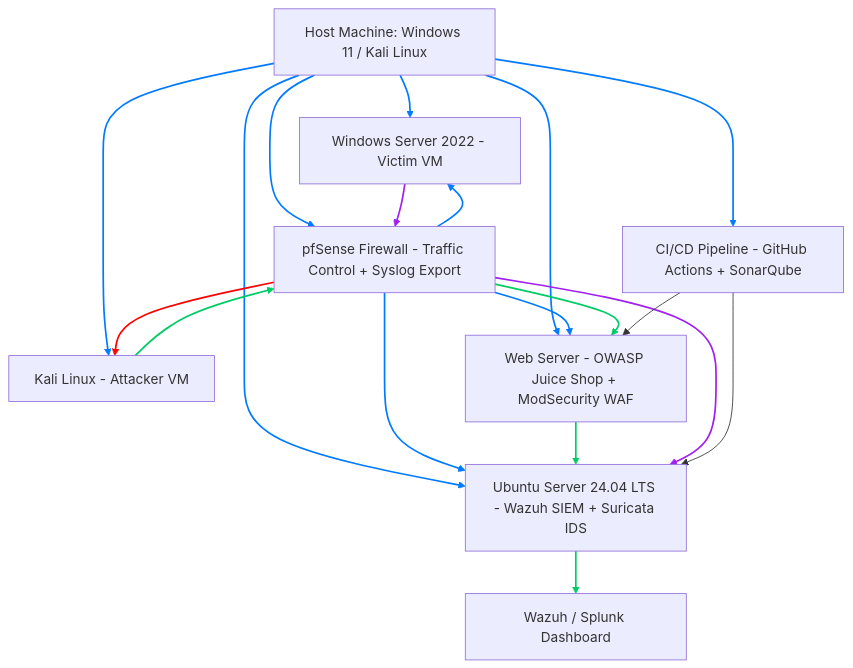
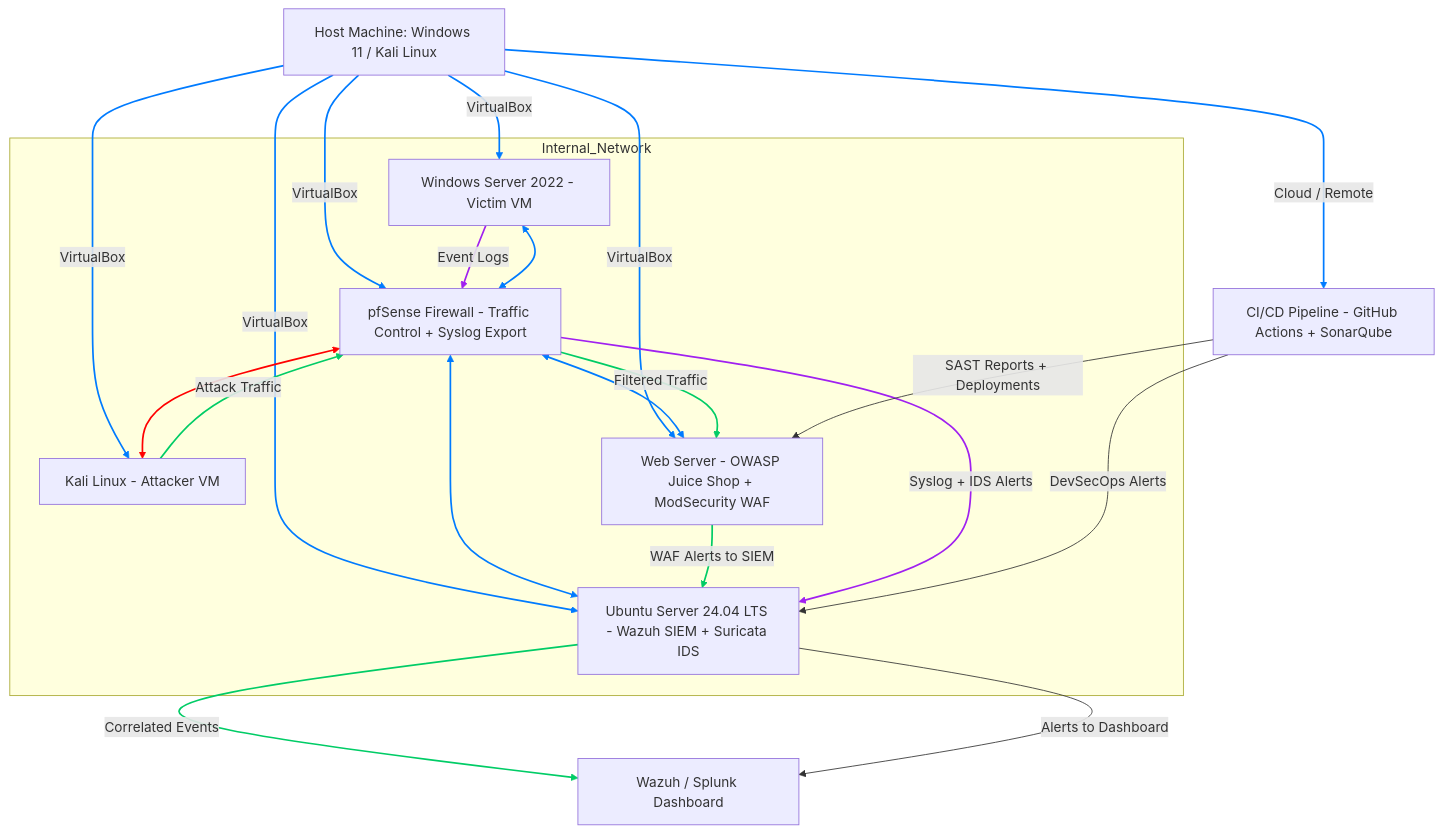
Before and after one commit to 0xabhiudya/My-Cybersecurity-Portfolio: the fourth of 4 diagrams in README.md, drawn with Mermaid. The commit also changed other lines of this file, not shown here.

First line of the commit message:
Document architecture evolution phases in README

````diff
--- a/README.md
+++ b/README.md
@@ -156,40 +227,50 @@
 ```mermaid
 graph TD
-    A[Host Machine: Windows 11 / Kali Linux] --> B[Ubuntu Server 24.04 LTS - Wazuh SIEM + Suricata IDS]
-    A --> C[Windows Server 2022 - Victim VM]
-    A --> D[Kali Linux - Attacker VM]
-    A --> F[pfSense Firewall - Traffic Control + Syslog Export]
-    A --> G[Web Server - OWASP Juice Shop + ModSecurity WAF]
-    A --> H[CI/CD Pipeline - GitHub Actions + SonarQube]
+    %% --- Phase 1: SOC Core ---
+    A[Host Machine: Windows 11 / Kali Linux] -->|VirtualBox| B[Ubuntu Server 24.04 LTS - Wazuh SIEM + Suricata IDS]
+    A -->|VirtualBox| C[Windows Server 2022 - Victim VM]
+    A -->|VirtualBox| D[Kali Linux - Attacker VM]
 
-    F --> B
-    F --> C
-    F --> D
-    F --> G
+    %% --- Phase 2: Network Defense ---
+    A -->|VirtualBox| F[pfSense Firewall - Traffic Control + Syslog Export]
 
-    D --> F
-    F --> G
-    G --> B
-    C --> F
-    F --> B
-    B --> E[Wazuh / Splunk Dashboard]
-    H --> G
-    H --> B
+    %% --- Phase 3: AppSec + DevSecOps ---
+    A -->|VirtualBox| G[Web Server - OWASP Juice Shop + ModSecurity WAF]
+    A -->|Cloud / Remote| H[CI/CD Pipeline - GitHub Actions + SonarQube]
+
+    %% --- Network Layout ---
+    subgraph Internal_Network
+        F <--> B
+        F <--> C
+        F <--> D
+        F <--> G
+    end
+
+    %% --- Data + Attack Flows ---
+    D -->|Attack Traffic| F
+    F -->|Filtered Traffic| G
+    G -->|WAF Alerts to SIEM| B
+    C -->|Event Logs| F
+    F -->|Syslog + IDS Alerts| B
+    B -->|Correlated Events| E[Wazuh / Splunk Dashboard]
+    H -->|SAST Reports + Deployments| G
+    H -->|DevSecOps Alerts| B
+    B -->|Alerts to Dashboard| E
 
     linkStyle 0 stroke:#007bff,stroke-width:2px
     linkStyle 1 stroke:#007bff,stroke-width:2px
     linkStyle 2 stroke:#007bff,stroke-width:2px
     linkStyle 3 stroke:#007bff,stroke-width:2px
     linkStyle 4 stroke:#007bff,stroke-width:2px
     linkStyle 5 stroke:#007bff,stroke-width:2px
     linkStyle 6 stroke:#007bff,stroke-width:2px
     linkStyle 7 stroke:#007bff,stroke-width:2px
     linkStyle 8 stroke:#ff0000,stroke-width:2px
     linkStyle 9 stroke:#007bff,stroke-width:2px
     linkStyle 10 stroke:#00cc66,stroke-width:2px
     linkStyle 11 stroke:#00cc66,stroke-width:2px
     linkStyle 12 stroke:#00cc66,stroke-width:2px
     linkStyle 13 stroke:#a020f0,stroke-width:2px
     linkStyle 14 stroke:#a020f0,stroke-width:2px
     linkStyle 15 stroke:#00cc66,stroke-width:2px
 ```
````
